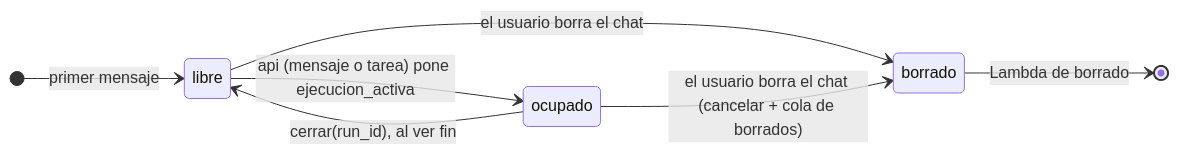
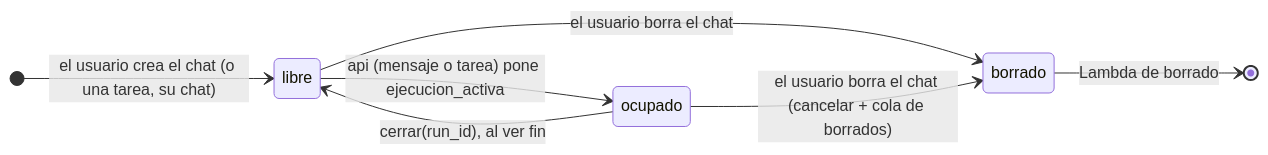
One commit to ikermendi/sample-agent-platform-with-agentcore changed the fifth of 10 diagrams in docs/arquitectura-agentes.md. Above: the diagram before and after it, drawn with Mermaid. The commit also changed other lines of this file, not shown here.

````diff
--- a/docs/arquitectura-agentes.md
+++ b/docs/arquitectura-agentes.md
@@ -592,10 +604,10 @@
 ```mermaid
 stateDiagram-v2
   direction LR
-  [*] --> libre : primer mensaje
+  [*] --> libre : el usuario crea el chat (o una tarea, su chat)
   libre --> ocupado : api (mensaje o tarea) pone ejecucion_activa
   ocupado --> libre : cerrar(run_id), al ver fin
   libre --> borrado : el usuario borra el chat
   ocupado --> borrado : el usuario borra el chat (cancelar + cola de borrados)
   borrado --> [*] : Lambda de borrado
 ```
````
